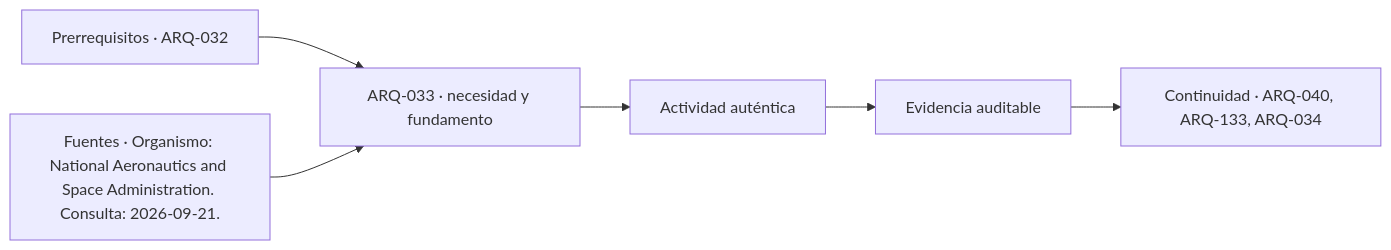
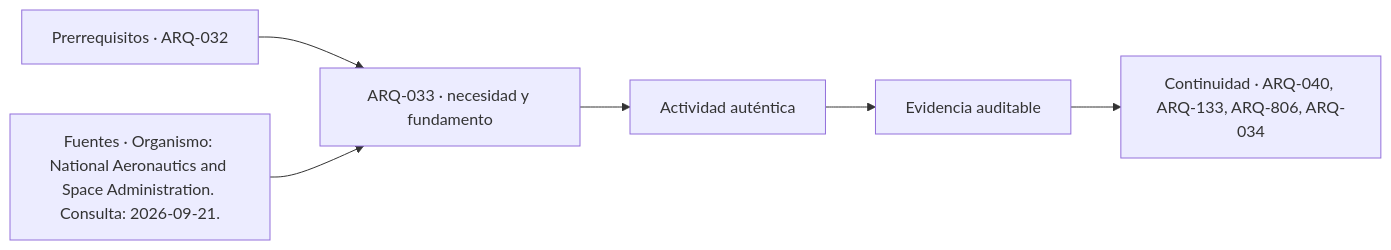
The diagram in classes/parte-04/ARQ-033.md (vladimiracunadev-create/architecture-built-environment-learning-program), drawn with Mermaid before and after one commit. The commit also changed other lines of this file and 234 other files, not shown here.

````diff
--- a/classes/parte-04/ARQ-033.md
+++ b/classes/parte-04/ARQ-033.md
@@ -212,8 +212,8 @@
 ```mermaid
 flowchart LR
     A["Prerrequisitos · ARQ-032"] --> B["ARQ-033 · necesidad y fundamento"]
     S["Fuentes · Organismo: National Aeronautics and Space Administration. Consulta: 2026-09-21."] --> B
     B --> C["Actividad auténtica"]
     C --> D["Evidencia auditable"]
-    D --> E["Continuidad · ARQ-040, ARQ-133, ARQ-034"]
+    D --> E["Continuidad · ARQ-040, ARQ-133, ARQ-806, ARQ-034"]
 ```
````
